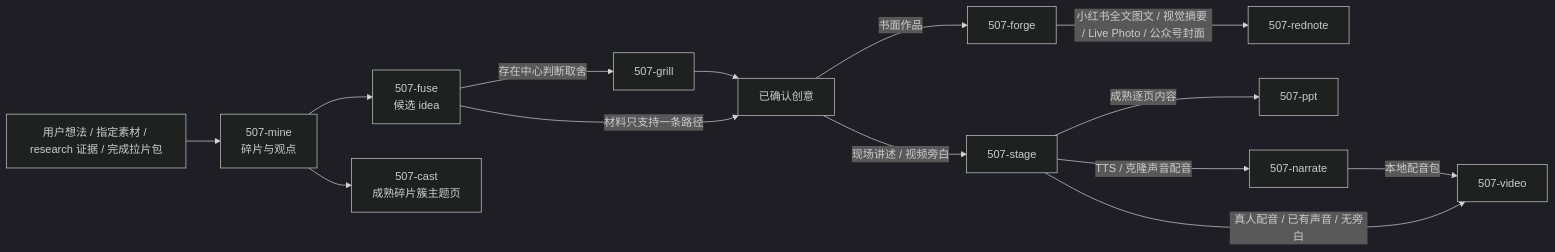
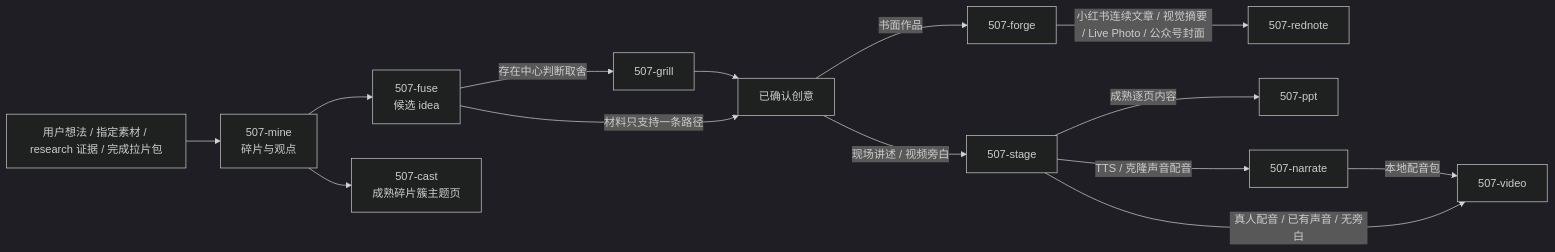
The first of 3 diagrams in write/README.md (ssdiwu/507-skills), drawn with Mermaid (dark theme) before and after one commit. The commit also changed other lines of this file and 21 other files, not shown here.

Commit message:
feat(rednote): 支持连续文章图文模式

````diff
--- a/write/README.md
+++ b/write/README.md
@@ -11,16 +11,16 @@
 ```mermaid
 flowchart LR
     source["用户想法 / 指定素材 / research 证据 / 完成拉片包"] --> mine["507-mine<br/>碎片与观点"]
     mine --> fuse["507-fuse<br/>候选 idea"]
     mine --> cast["507-cast<br/>成熟碎片簇主题页"]
     fuse -->|"存在中心判断取舍"| grill["507-grill"]
     grill --> selected["已确认创意"]
     fuse -->|"材料只支持一条路径"| selected
     selected -->|"书面作品"| forge["507-forge"]
     selected -->|"现场讲述 / 视频旁白"| stage["507-stage"]
     stage -->|"成熟逐页内容"| ppt["507-ppt"]
     stage -->|"TTS / 克隆声音配音"| narrate["507-narrate"]
     narrate -->|"本地配音包"| video["507-video"]
     stage -->|"真人配音 / 已有声音 / 无旁白"| video
-    forge -->|"小红书全文图文 / 视觉摘要 / Live Photo / 公众号封面"| rednote["507-rednote"]
+    forge -->|"小红书连续文章 / 视觉摘要 / Live Photo / 公众号封面"| rednote["507-rednote"]
 ```
````
